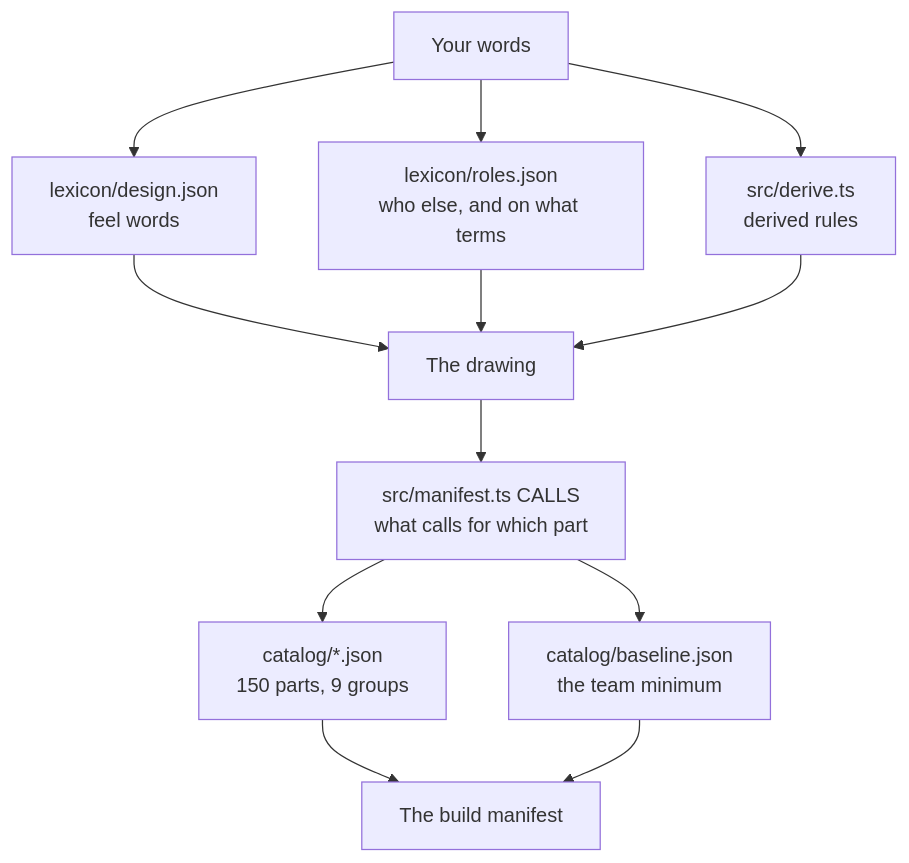
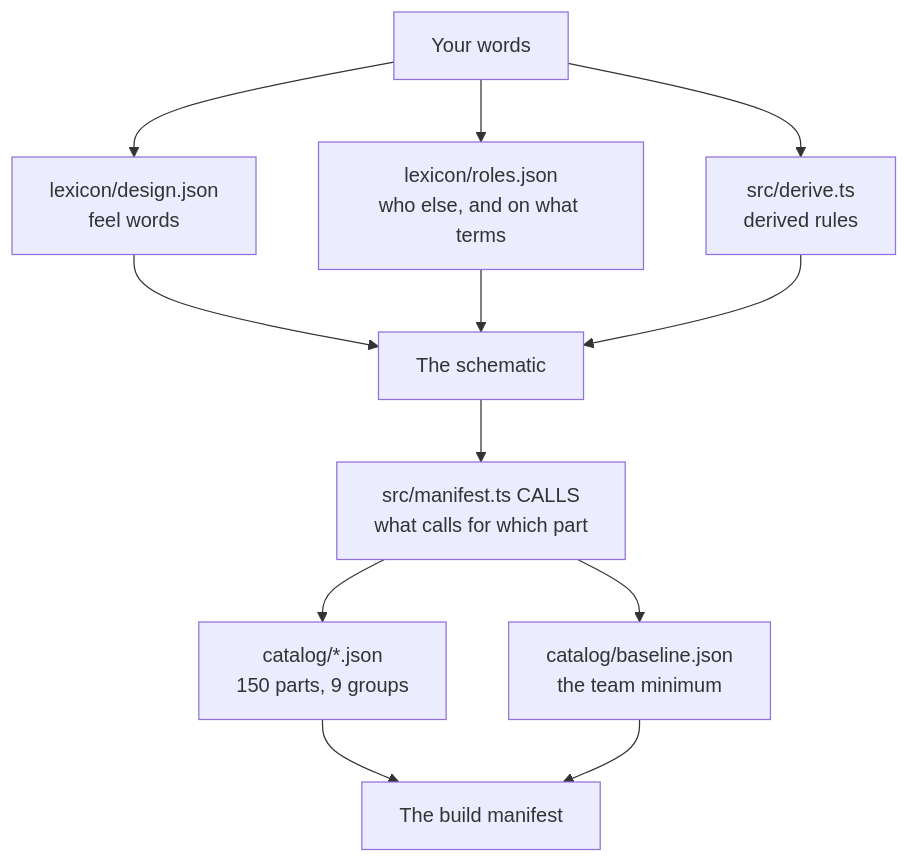
One commit to russlittle/ZTHR changed the diagram in intent/docs/extending.md. Above: the diagram before and after it, drawn with Mermaid. The commit also changed other lines of this file and 22 other files, not shown here.

First line of the commit message:
Schematic, the review, whose intent and when, product families, one pass, where used

````diff
--- a/intent/docs/extending.md
+++ b/intent/docs/extending.md
@@ -6,11 +6,11 @@
 ```mermaid
 flowchart TB
   W[Your words] --> L[lexicon/design.json<br/>feel words]
   W --> RO[lexicon/roles.json<br/>who else, and on what terms]
   W --> DR[src/derive.ts<br/>derived rules]
-  L & RO & DR --> D[The drawing]
+  L & RO & DR --> D[The schematic]
   D --> MR[src/manifest.ts CALLS<br/>what calls for which part]
   MR --> CAT[catalog/*.json<br/>150 parts, 9 groups]
   MR --> BL[catalog/baseline.json<br/>the team minimum]
   CAT & BL --> BOM[The build manifest]
 ```
````
